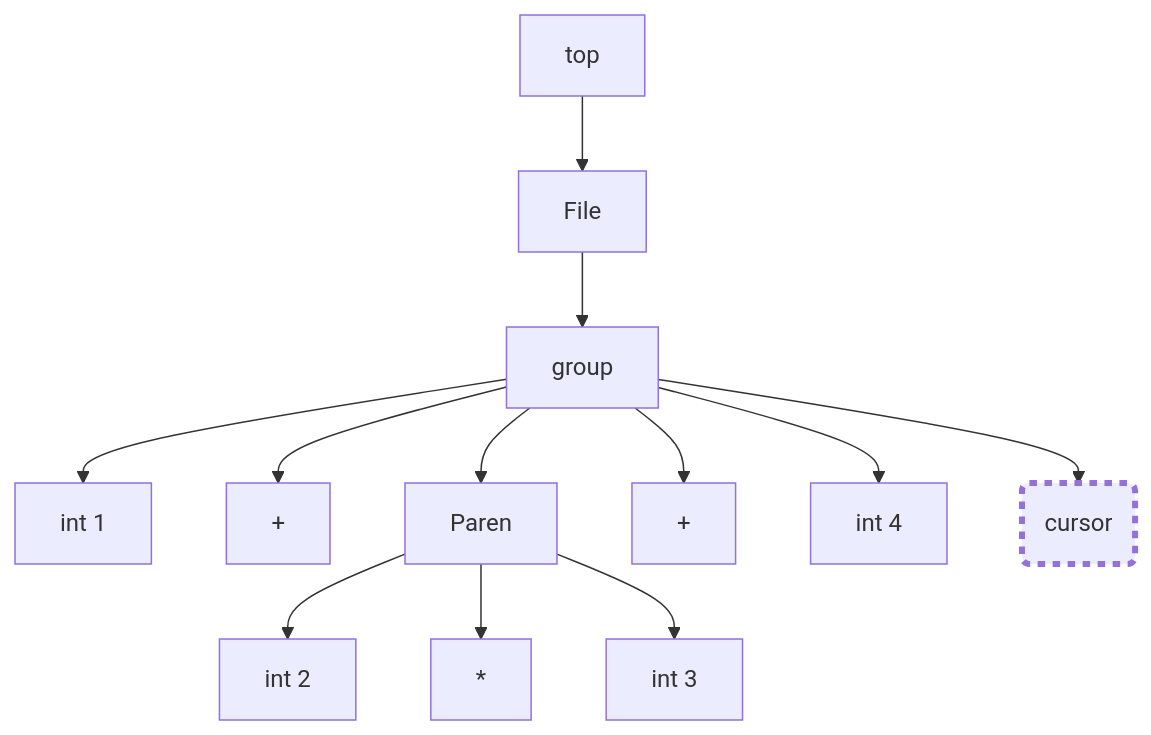
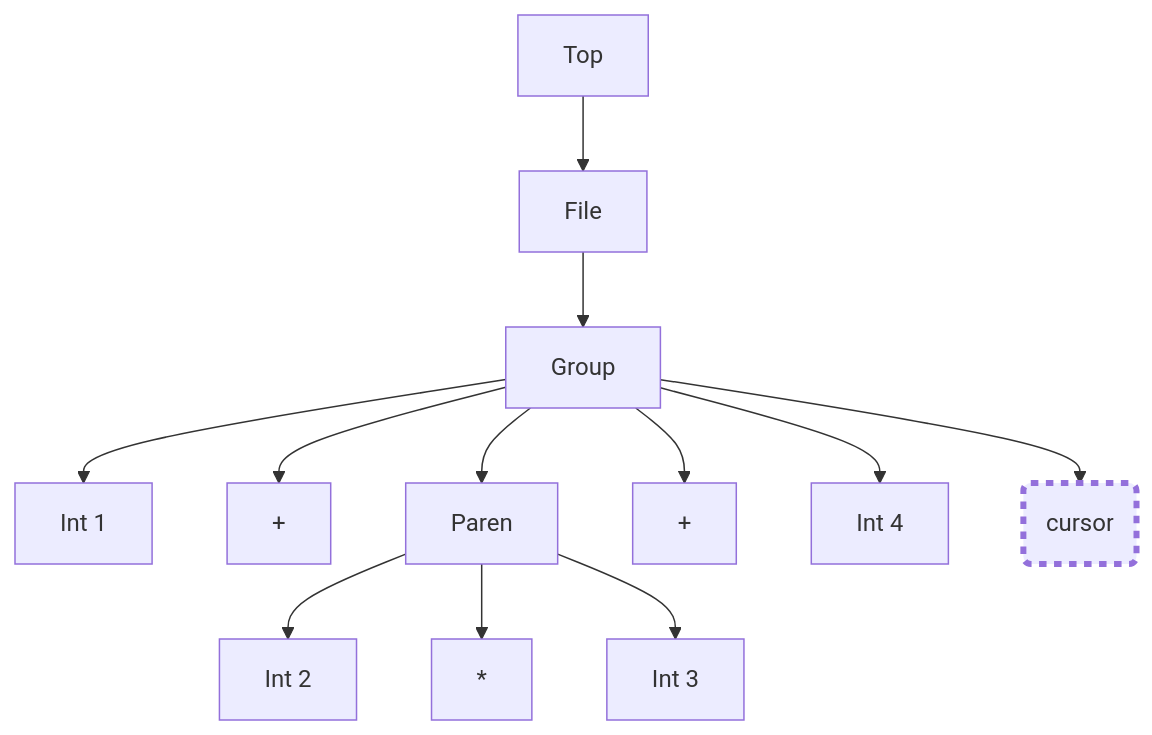
Before and after one commit to microsoft/Trieste: diagram 15 of 27 in samples/infix/README.md, drawn with Mermaid. The commit also changed other lines of this file and 1 other file, not shown here.

````diff
--- a/samples/infix/README.md
+++ b/samples/infix/README.md
@@ -508,15 +569,15 @@
 ``` mermaid
 graph TD;
-  A[top]-->B[File]
-  B-->C[group]
-  C-->D[int 1]
+  A[Top]-->B[File]
+  B-->C[Group]
+  C-->D[Int 1]
   C-->E[+]
   C-->F[Paren]
-  F-->G[int 2]
+  F-->G[Int 2]
   F-->H[*]
-  F-->I[int 3]
+  F-->I[Int 3]
   C-->J[+]
-  C-->K[int 4]
+  C-->K[Int 4]
   C-->L(cursor):::cursor
   classDef cursor stroke-width:4px,stroke-dasharray:5 5;
 ```
````
